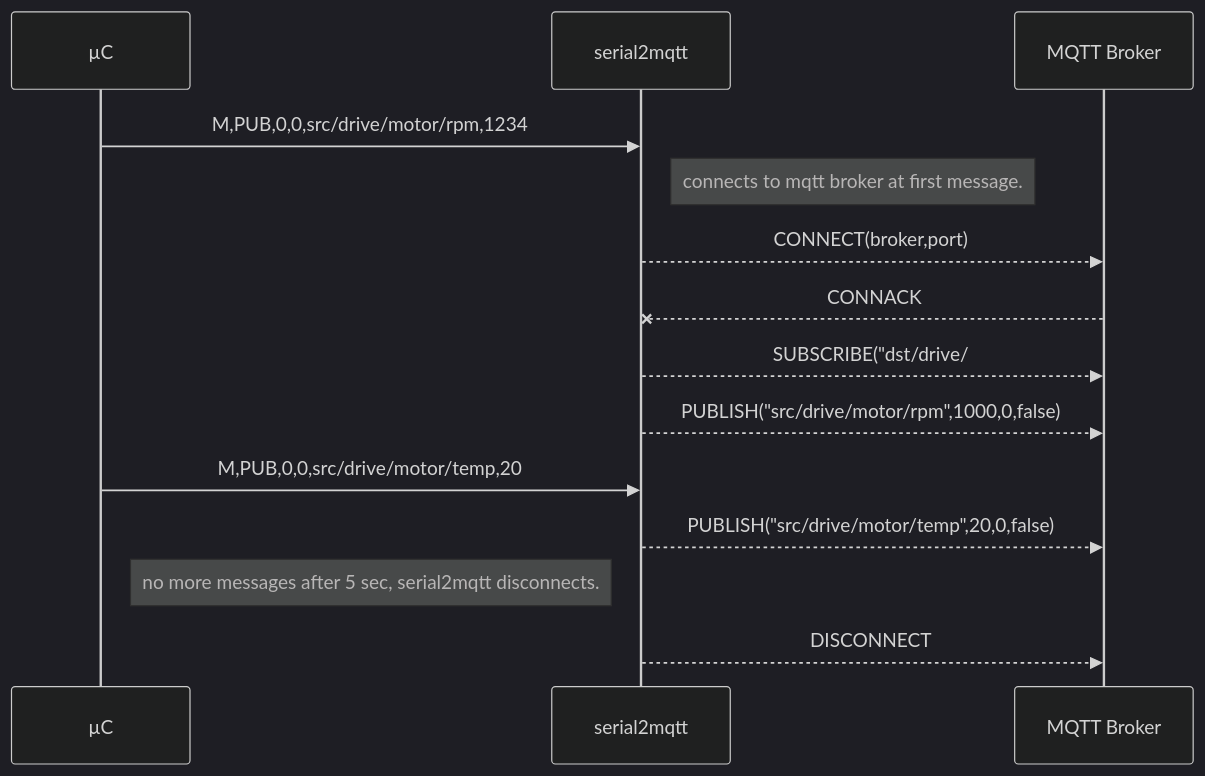
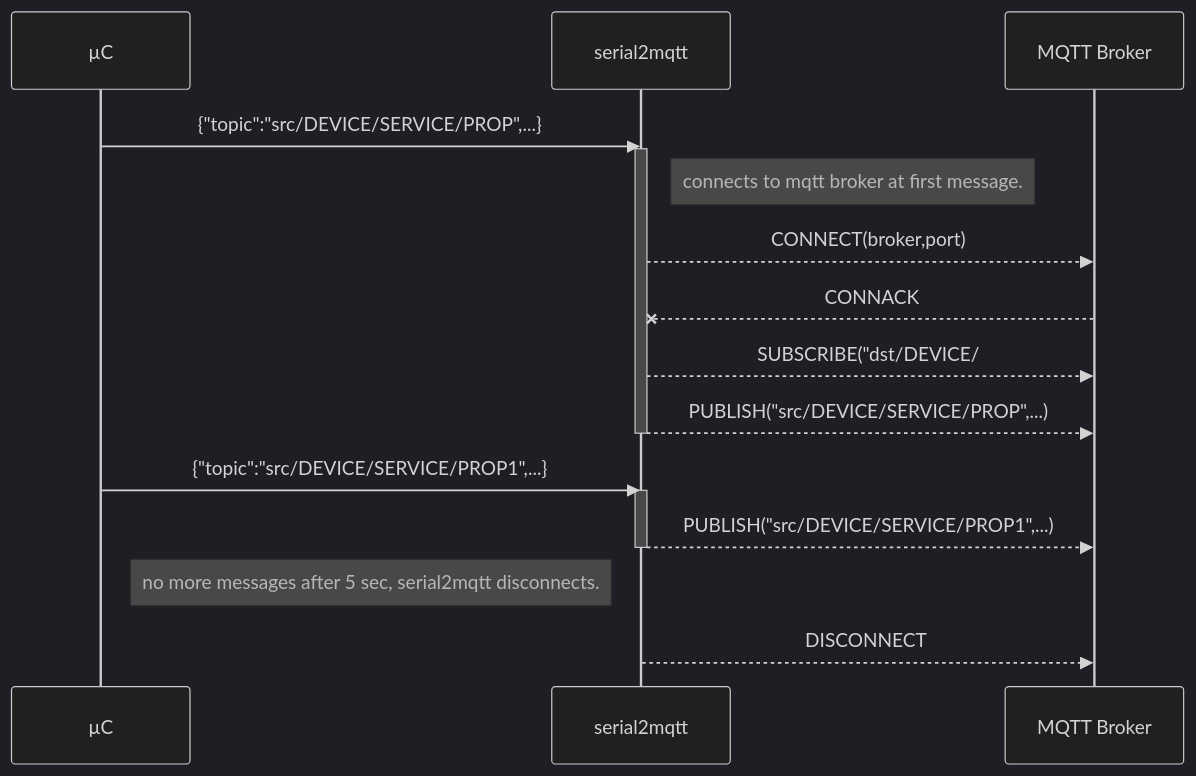
Before and after one commit to vortex314/serial2mqtt: the first of 2 diagrams in README.md, drawn with Mermaid (dark theme). The commit also changed other lines of this file, not shown here.

Commit message:
Uploaded by https://stackedit.io/

````diff
--- a/README.md
+++ b/README.md
@@ -104,13 +104,17 @@
 ```mermaid
 sequenceDiagram
-µC->> serial2mqtt: M,PUB,0,0,src/drive/motor/rpm,1234
+µC->> serial2mqtt: {"topic":"src/DEVICE/SERVICE/PROP",...}
+activate serial2mqtt
 Note right of serial2mqtt: connects to mqtt broker at first message.
 serial2mqtt-->>MQTT Broker: CONNECT(broker,port)
 MQTT Broker --x serial2mqtt: CONNACK
-serial2mqtt-->>MQTT Broker: SUBSCRIBE("dst/drive/#")
-serial2mqtt-->>MQTT Broker: PUBLISH("src/drive/motor/rpm",1000,0,false)
-µC->> serial2mqtt: M,PUB,0,0,src/drive/motor/temp,20
-serial2mqtt-->>MQTT Broker:  PUBLISH("src/drive/motor/temp",20,0,false)
+serial2mqtt-->>MQTT Broker: SUBSCRIBE("dst/DEVICE/#")
+serial2mqtt-->>MQTT Broker: PUBLISH("src/DEVICE/SERVICE/PROP",...)
+deactivate serial2mqtt
+µC->> serial2mqtt: {"topic":"src/DEVICE/SERVICE/PROP1",...}
+activate serial2mqtt
+serial2mqtt-->>MQTT Broker:  PUBLISH("src/DEVICE/SERVICE/PROP1",...)
+deactivate serial2mqtt
 Note right of µC: no more messages after 5 sec, serial2mqtt disconnects.
 serial2mqtt-->>MQTT Broker: DISCONNECT
 ```
````
